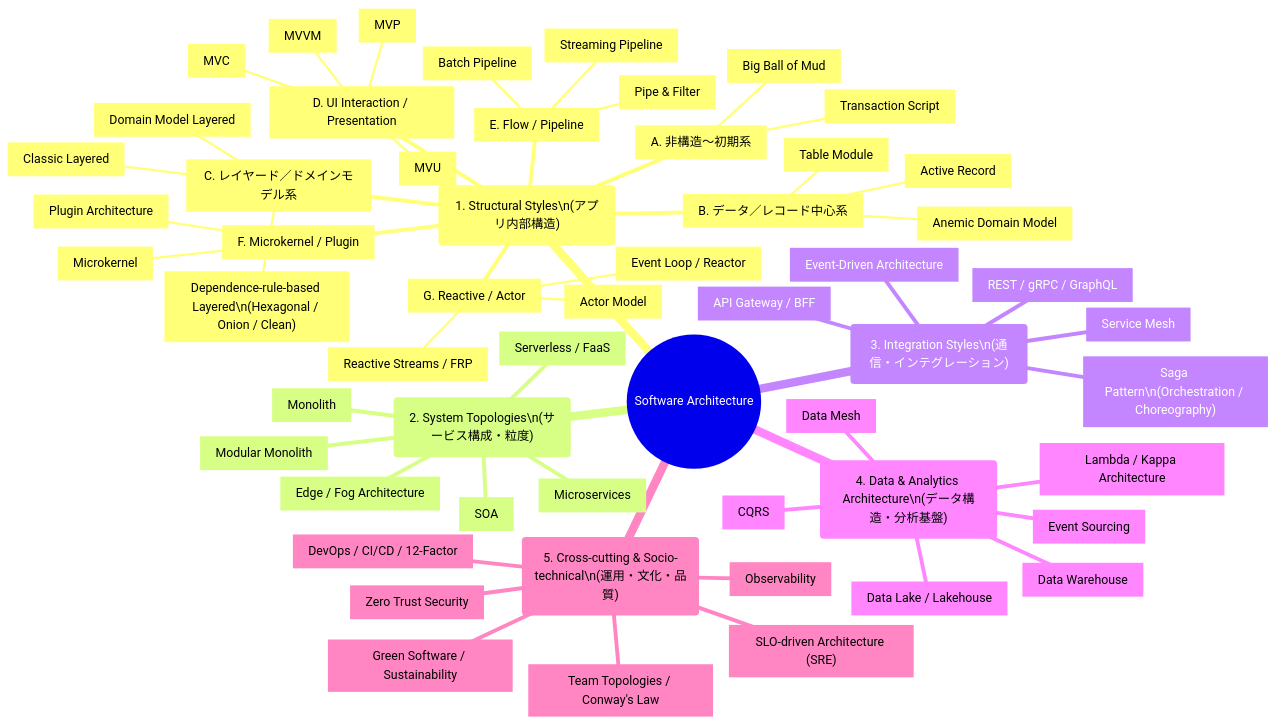
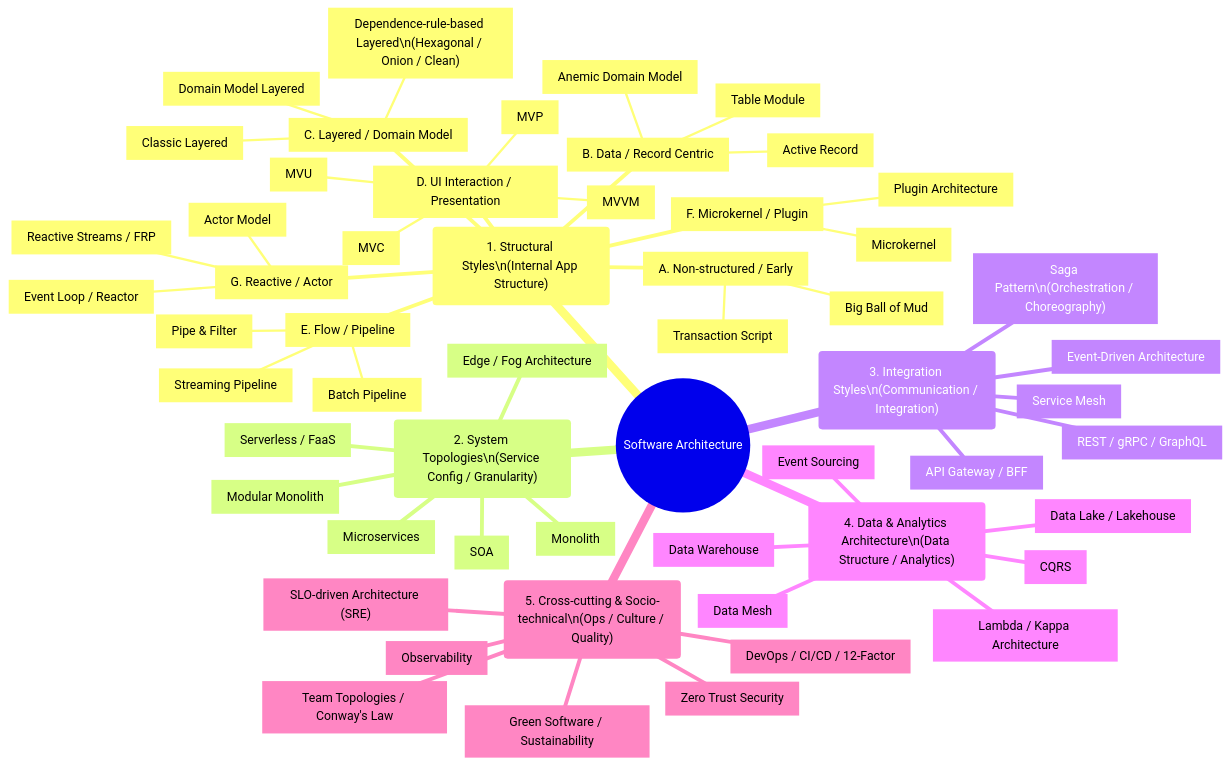
Before and after one commit to TAKT-R-D/design-pattern: the first of 2 diagrams in architecture/index.md, drawn with Mermaid. The commit also changed other lines of this file and 68 other files, not shown here.

````diff
--- a/architecture/index.md
+++ b/architecture/index.md
@@ -60,63 +55,63 @@
 ```mermaid
 mindmap
   root((Software Architecture))
-    ("1. Structural Styles\n(アプリ内部構造)")
-      A["A. 非構造〜初期系"]
+    ("1. Structural Styles\n(Internal App Structure)")
+      A["A. Non-structured / Early"]
         A1["Big Ball of Mud"]
         A2["Transaction Script"]
-      B["B. データ／レコード中心系"]
+      B["B. Data / Record Centric"]
         B1["Active Record"]
         B2["Table Module"]
         B3["Anemic Domain Model"]
-      C["C. レイヤード／ドメインモデル系"]
+      C["C. Layered / Domain Model"]
         C1["Classic Layered"]
         C2["Domain Model Layered"]
         C3["Dependence-rule-based Layered\n(Hexagonal / Onion / Clean)"]
       D["D. UI Interaction / Presentation"]
         D1["MVC"]
         D2["MVP"]
         D3["MVVM"]
         D4["MVU"]
       E["E. Flow / Pipeline"]
         E1["Pipe & Filter"]
         E2["Batch Pipeline"]
         E3["Streaming Pipeline"]
       F["F. Microkernel / Plugin"]
         F1["Microkernel"]
         F2["Plugin Architecture"]
       G["G. Reactive / Actor"]
         G1["Actor Model"]
         G2["Event Loop / Reactor"]
         G3["Reactive Streams / FRP"]
 
-    ("2. System Topologies\n(サービス構成・粒度)")
+    ("2. System Topologies\n(Service Config / Granularity)")
       T1["Monolith"]
       T2["Modular Monolith"]
       T3["Microservices"]
       T4["SOA"]
       T5["Serverless / FaaS"]
       T6["Edge / Fog Architecture"]
 
-    ("3. Integration Styles\n(通信・インテグレーション)")
+    ("3. Integration Styles\n(Communication / Integration)")
       I1["REST / gRPC / GraphQL"]
       I2["Event-Driven Architecture"]
       I3["Saga Pattern\n(Orchestration / Choreography)"]
       I4["Service Mesh"]
       I5["API Gateway / BFF"]
 
-    ("4. Data & Analytics Architecture\n(データ構造・分析基盤)")
+    ("4. Data & Analytics Architecture\n(Data Structure / Analytics)")
       Dn1["Data Warehouse"]
       Dn2["Data Lake / Lakehouse"]
       Dn3["CQRS"]
       Dn4["Event Sourcing"]
       Dn5["Data Mesh"]
       Dn6["Lambda / Kappa Architecture"]
 
-    ("5. Cross-cutting & Socio-technical\n(運用・文化・品質)")
+    ("5. Cross-cutting & Socio-technical\n(Ops / Culture / Quality)")
       S1["DevOps / CI/CD / 12-Factor"]
       S2["Team Topologies / Conway's Law"]
       S3["SLO-driven Architecture (SRE)"]
       S4["Zero Trust Security"]
       S5["Observability"]
       S6["Green Software / Sustainability"]
 ```
````
